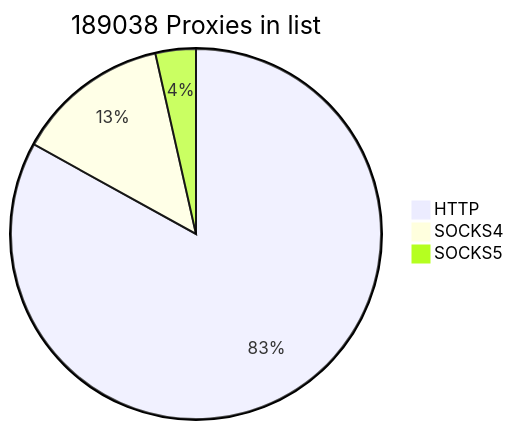
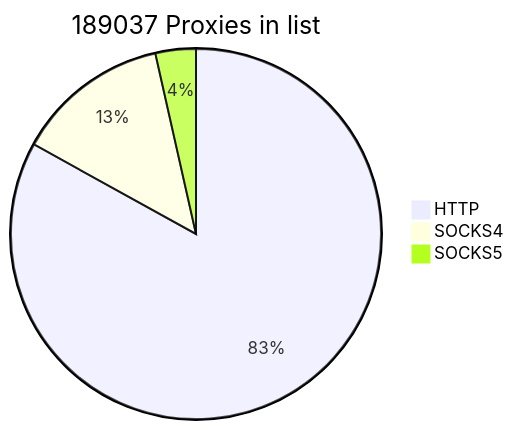
Before and after one commit to cutipu/proxylist: the first of 2 diagrams in README.md, drawn with Mermaid.

````diff
--- a/README.md
+++ b/README.md
@@ -2,7 +2,7 @@
 ```mermaid
-pie title 189038 Proxies in list
+pie title 189037 Proxies in list
     "HTTP" : 156980
-    "SOCKS4" : 25392
+    "SOCKS4" : 25391
     "SOCKS5" : 6666
             
 ```
````
